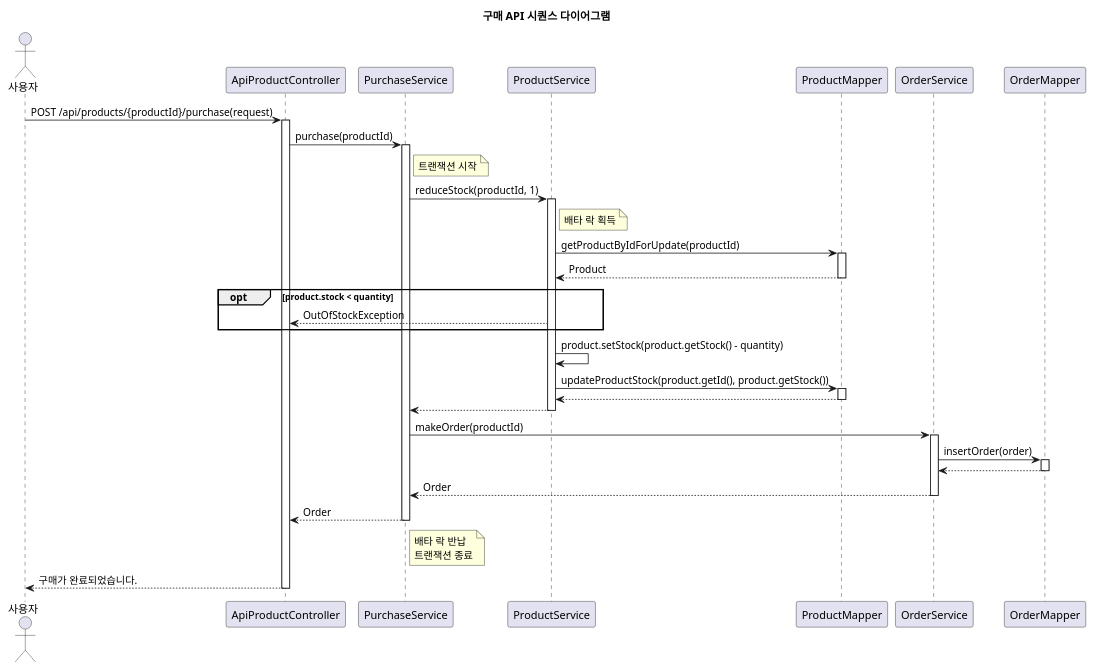
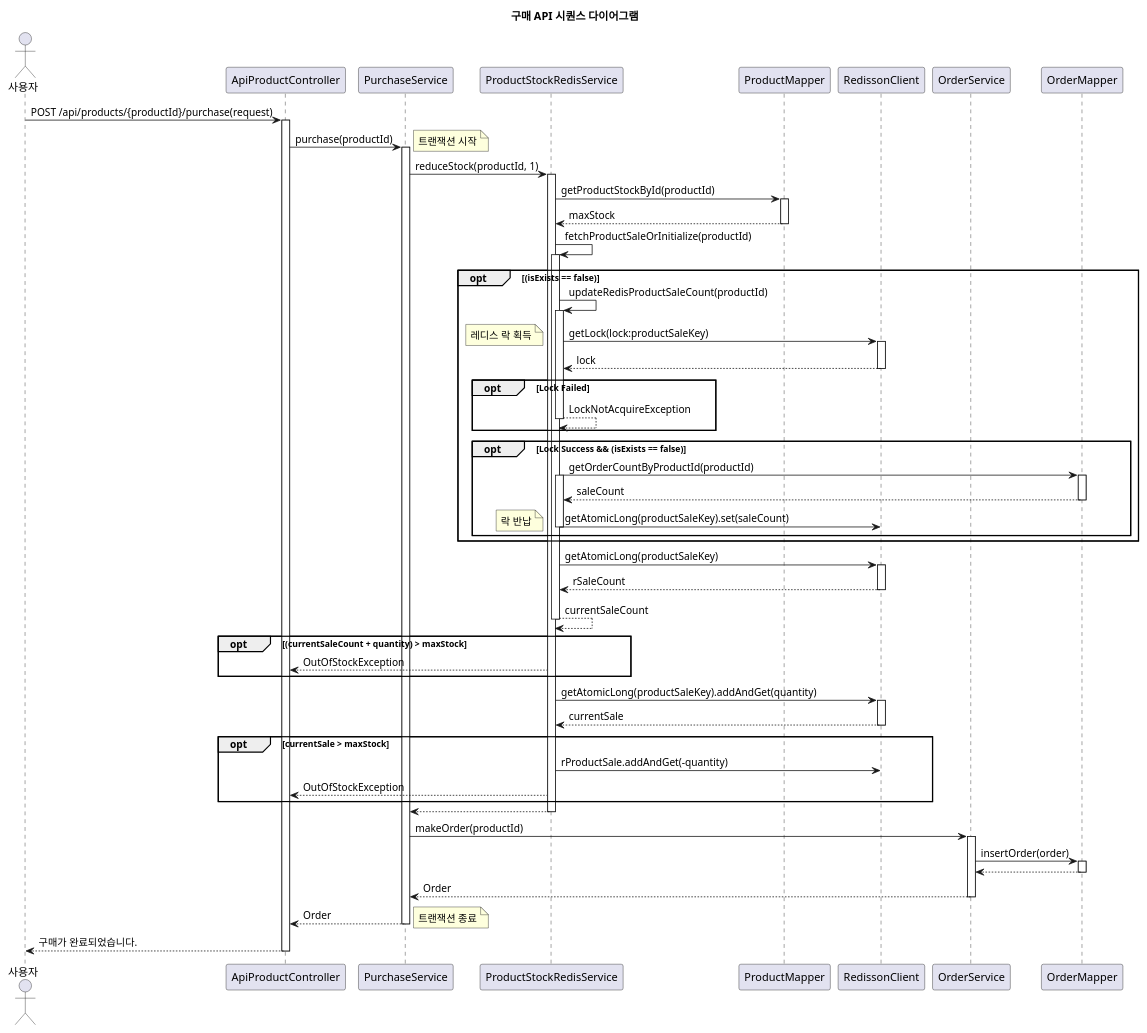
Before and after one commit to siljae/shoppingmall: the diagram in docs/diagrams/Order.puml, drawn with PlantUML. The commit also changed 9 other files, not shown here.

```diff
--- a/docs/diagrams/Order.puml
+++ b/docs/diagrams/Order.puml
@@ -1,59 +1,107 @@
 @startuml
 title 구매 API 시퀀스 다이어그램
 
 actor 사용자 as User
 participant "ApiProductController" as Controller
 participant "PurchaseService" as PurchaseService
-participant "ProductService" as ProductService
+participant "ProductStockRedisService" as ProductStockRedisService
 participant "ProductMapper" as ProductMapper
+participant "RedissonClient" as RedissonClient
 participant "OrderService" as OrderService
 participant "OrderMapper" as OrderMapper
 
 
 User -> Controller : POST /api/products/{productId}/purchase(request)
 activate Controller
 
 
 Controller -> PurchaseService : purchase(productId)
-note right of PurchaseService : 트랜잭션 시작
 activate PurchaseService
 
-PurchaseService -> ProductService : reduceStock(productId, 1)
-activate ProductService
+note right : 트랜잭션 시작
+PurchaseService -> ProductStockRedisService : reduceStock(productId, 1)
+activate ProductStockRedisService
 
-note right of ProductService : 배타 락 획득
-ProductService -> ProductMapper : getProductByIdForUpdate(productId)
+ProductStockRedisService -> ProductMapper : getProductStockById(productId)
 activate ProductMapper
-ProductMapper --> ProductService : Product
+ProductMapper --> ProductStockRedisService : maxStock
 deactivate ProductMapper
 
-opt product.stock < quantity
-ProductService --> Controller : OutOfStockException
+ProductStockRedisService -> ProductStockRedisService : fetchProductSaleOrInitialize(productId)
+activate ProductStockRedisService
+
+opt (isExists == false)
+    ProductStockRedisService -> ProductStockRedisService : updateRedisProductSaleCount(productId)
+    activate ProductStockRedisService
+
+    ProductStockRedisService -> RedissonClient : getLock(lock:productSaleKey)
+    note left : 레디스 락 획득
+    activate RedissonClient
+    RedissonClient --> ProductStockRedisService : lock
+    deactivate RedissonClient
+
+    opt Lock Failed
+        ProductStockRedisService --> ProductStockRedisService : LockNotAcquireException
+        deactivate ProductStockRedisService
+    end
+
+    opt Lock Success && (isExists == false)
+        ProductStockRedisService -> OrderMapper : getOrderCountByProductId(productId)
+        activate ProductStockRedisService
+        activate OrderMapper
+        OrderMapper --> ProductStockRedisService : saleCount
+        deactivate OrderMapper
+
+        ProductStockRedisService -> RedissonClient : getAtomicLong(productSaleKey).set(saleCount)
+        deactivate ProductStockRedisService
+        note left : 락 반납
+    end
+
+
 end
 
-ProductService -> ProductService : product.setStock(product.getStock() - quantity)
-ProductService -> ProductMapper : updateProductStock(product.getId(), product.getStock())
-activate ProductMapper
-ProductMapper --> ProductService :
-deactivate ProductMapper
 
-ProductService --> PurchaseService
-deactivate ProductService
+ProductStockRedisService -> RedissonClient : getAtomicLong(productSaleKey)
+activate RedissonClient
+RedissonClient --> ProductStockRedisService : rSaleCount
+deactivate RedissonClient
+
+ProductStockRedisService --> ProductStockRedisService : currentSaleCount
+deactivate ProductStockRedisService
+
+
+
+opt (currentSaleCount + quantity) > maxStock
+ProductStockRedisService --> Controller : OutOfStockException
+end
+
+ProductStockRedisService -> RedissonClient : getAtomicLong(productSaleKey).addAndGet(quantity)
+activate RedissonClient
+RedissonClient --> ProductStockRedisService : currentSale
+deactivate RedissonClient
+
+opt currentSale > maxStock
+ProductStockRedisService -> RedissonClient : rProductSale.addAndGet(-quantity)
+ProductStockRedisService --> Controller : OutOfStockException
+end
+
+ProductStockRedisService --> PurchaseService
+deactivate ProductStockRedisService
 
 PurchaseService -> OrderService : makeOrder(productId)
 activate OrderService
 OrderService -> OrderMapper : insertOrder(order)
 activate OrderMapper
 OrderMapper --> OrderService
 deactivate OrderMapper
 OrderService --> PurchaseService : Order
 deactivate OrderService
 
 PurchaseService --> Controller : Order
 deactivate PurchaseService
-note right of PurchaseService : 배타 락 반납\n트랜잭션 종료
+note right : 트랜잭션 종료
 
 Controller --> User : 구매가 완료되었습니다.
 deactivate Controller
 
 @enduml
```
